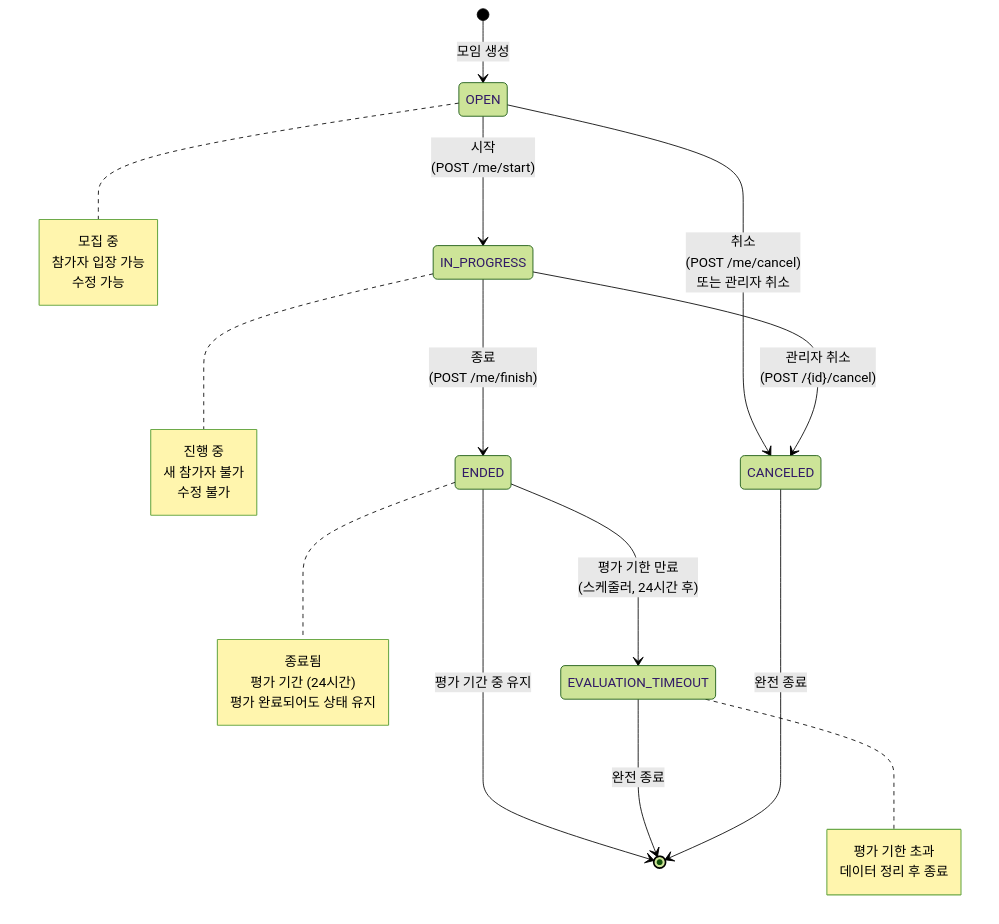
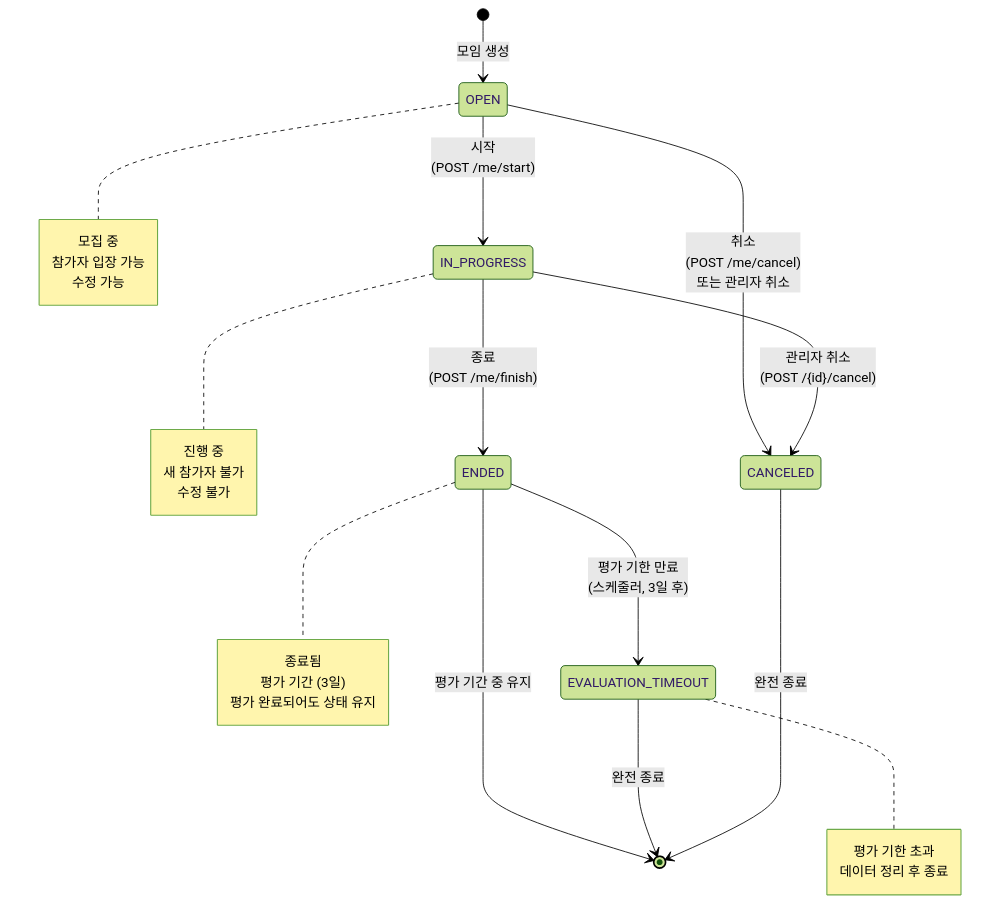
One commit to kakao-tech-campus-3rd-step3/Team11_BE changed the seventh of 10 diagrams in docs/diagrams/meetup-flow.md. Above: the diagram before and after it, drawn with Mermaid (forest theme). The commit also changed 1 other file, not shown here.

Commit message:
docs(meetiup): 모임 평가 기한을 실제 코드 기준 3일로 수정(#76)

````diff
--- a/docs/diagrams/meetup-flow.md
+++ b/docs/diagrams/meetup-flow.md
@@ -230,39 +230,39 @@
 ```mermaid
 stateDiagram-v2
     [*] --> OPEN: 모임 생성
 
     OPEN --> IN_PROGRESS: 시작<br/>(POST /me/start)
     OPEN --> CANCELED: 취소<br/>(POST /me/cancel)<br/>또는 관리자 취소
 
     IN_PROGRESS --> ENDED: 종료<br/>(POST /me/finish)
     IN_PROGRESS --> CANCELED: 관리자 취소<br/>(POST /{id}/cancel)
 
-    ENDED --> EVALUATION_TIMEOUT: 평가 기한 만료<br/>(스케줄러, 24시간 후)
+    ENDED --> EVALUATION_TIMEOUT: 평가 기한 만료<br/>(스케줄러, 3일 후)
     ENDED --> [*]: 평가 기간 중 유지
 
     EVALUATION_TIMEOUT --> [*]: 완전 종료
     CANCELED --> [*]: 완전 종료
 
     note right of OPEN
         모집 중
         참가자 입장 가능
         수정 가능
     end note
 
     note right of IN_PROGRESS
         진행 중
         새 참가자 불가
         수정 불가
     end note
 
     note right of ENDED
         종료됨
-        평가 기간 (24시간)
+        평가 기간 (3일)
         평가 완료되어도 상태 유지
     end note
 
     note right of EVALUATION_TIMEOUT
         평가 기한 초과
         데이터 정리 후 종료
     end note
 ```
````
